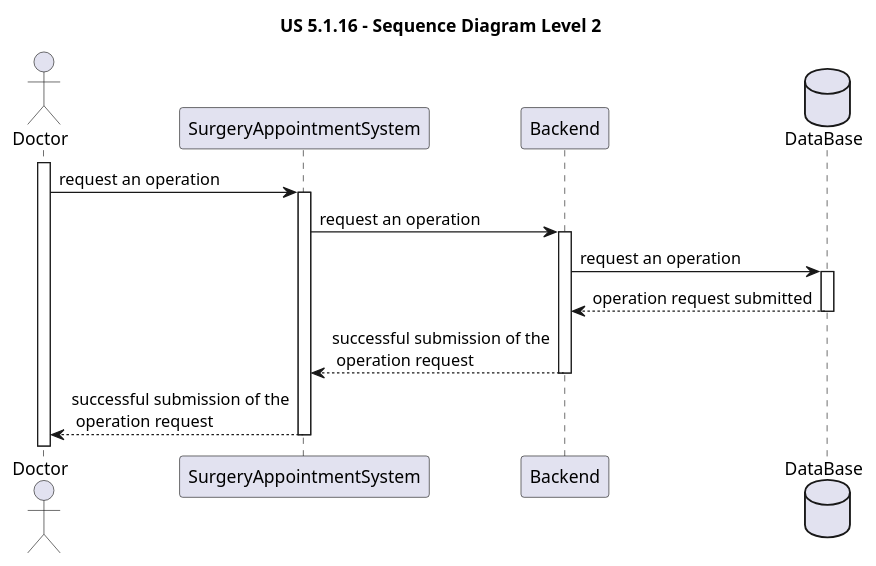
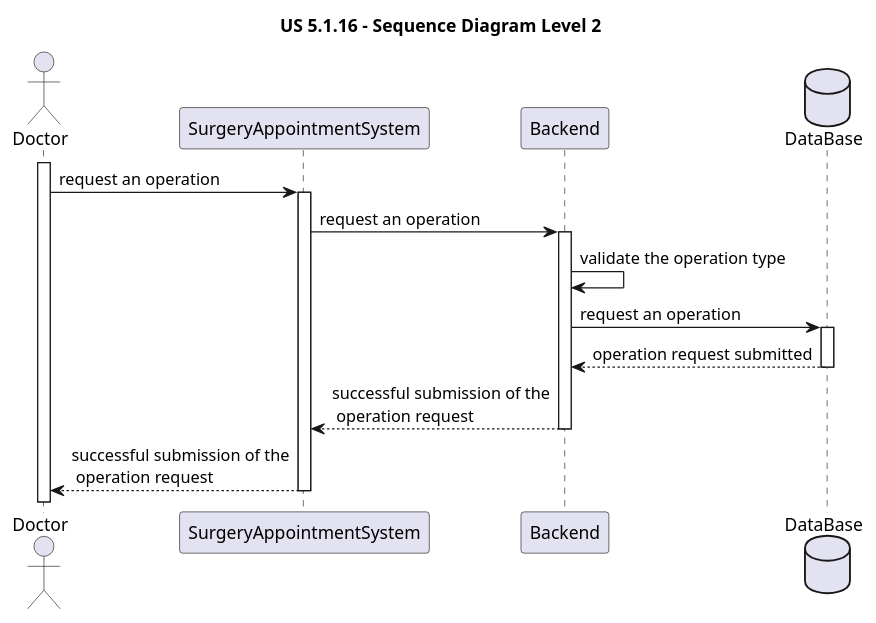
Before and after one commit to MateusCabral2004/sem5pi: the diagram in docs/Sprint 1/US 5.1.16/SequenceDiagrams/Level2/SD_Level2.puml, drawn with PlantUML. The commit also changed 1 other file, not shown here.

Commit message:
#16 sequence diagram level 2 and 3

```diff
--- a/docs/Sprint 1/US 5.1.16/SequenceDiagrams/Level2/SD_Level2.puml
+++ b/docs/Sprint 1/US 5.1.16/SequenceDiagrams/Level2/SD_Level2.puml
@@ -1,31 +1,33 @@
 @startuml
 'https://plantuml.com/sequence-diagram
 
 title US 5.1.16 - Sequence Diagram Level 2
 
 actor Doctor
 participant SurgeryAppointmentSystem
 participant Backend
 database DataBase
 
 activate Doctor
 
 Doctor -> SurgeryAppointmentSystem: request an operation
 
 activate SurgeryAppointmentSystem
 
 SurgeryAppointmentSystem -> Backend: request an operation
 activate Backend
 
+Backend -> Backend: validate the operation type
+
 Backend -> DataBase:request an operation
 activate DataBase
 
 DataBase -->Backend:operation request submitted 
 deactivate DataBase
 
 Backend --> SurgeryAppointmentSystem: successful submission of the\n operation request
 deactivate Backend
 
 SurgeryAppointmentSystem --> Doctor: successful submission of the\n operation request
 deactivate SurgeryAppointmentSystem
 @enduml
```
